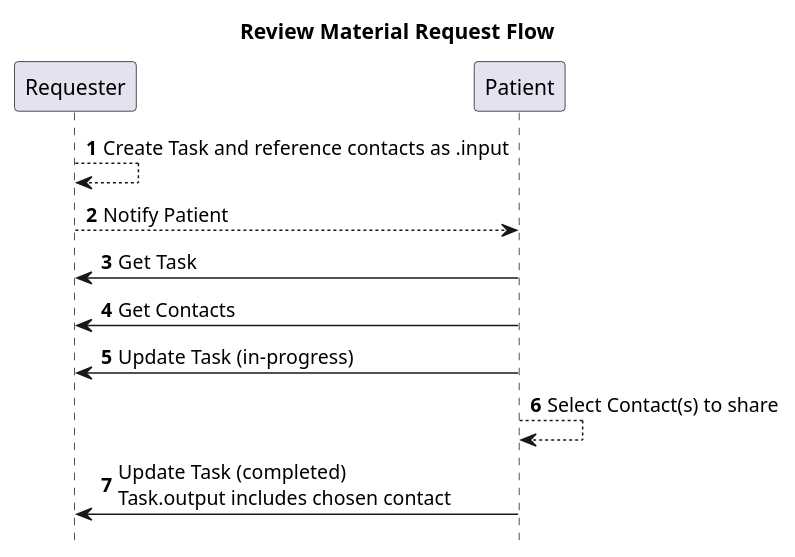
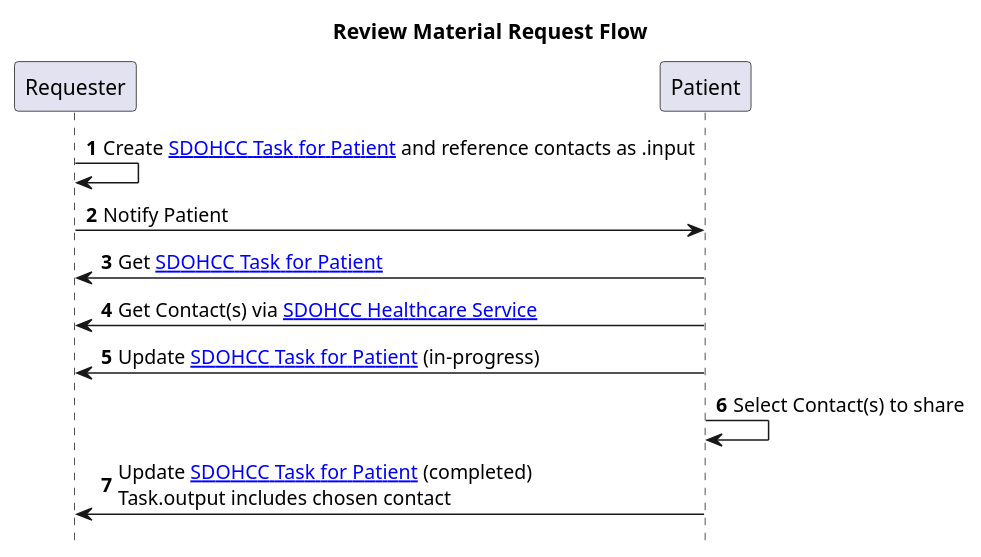
One commit to HL7/fhir-sdoh-clinicalcare changed the diagram in input/images-source/MakeContactRequest.plantuml. Above: the diagram before and after it, drawn with PlantUML. The commit also changed 21 other files, not shown here.

Commit message:
Additional Diagram updates

```diff
--- a/input/images-source/MakeContactRequest.plantuml
+++ b/input/images-source/MakeContactRequest.plantuml
@@ -1,18 +1,18 @@
 @startuml
 /'!theme bluegray'/
 title Review Material Request Flow
 
 participant "Requester" as A
 participant "Patient" as B
 
 autonumber
-A --> A : Create Task and reference contacts as .input
-A --> B : Notify Patient
-A <- B : Get Task
-A <- B : Get Contacts
-A <- B : Update Task (in-progress)
-B --> B : Select Contact(s) to share
-A <- B : Update Task (completed)\nTask.output includes chosen contact
+A -> A : Create [[StructureDefinition-SDOHCC-TaskForPatient.html SDOHCC Task for Patient]] and reference contacts as .input
+A -> B : Notify Patient
+A <- B : Get [[StructureDefinition-SDOHCC-TaskForPatient.html SDOHCC Task for Patient]]
+A <- B : Get Contact(s) via [[StructureDefinition-SDOHCC-HealthcareService.html SDOHCC Healthcare Service]]
+A <- B : Update [[StructureDefinition-SDOHCC-TaskForPatient.html SDOHCC Task for Patient]] (in-progress)
+B -> B : Select Contact(s) to share
+A <- B : Update [[StructureDefinition-SDOHCC-TaskForPatient.html SDOHCC Task for Patient]] (completed)\nTask.output includes chosen contact
 hide footbox
 
 @enduml
```
